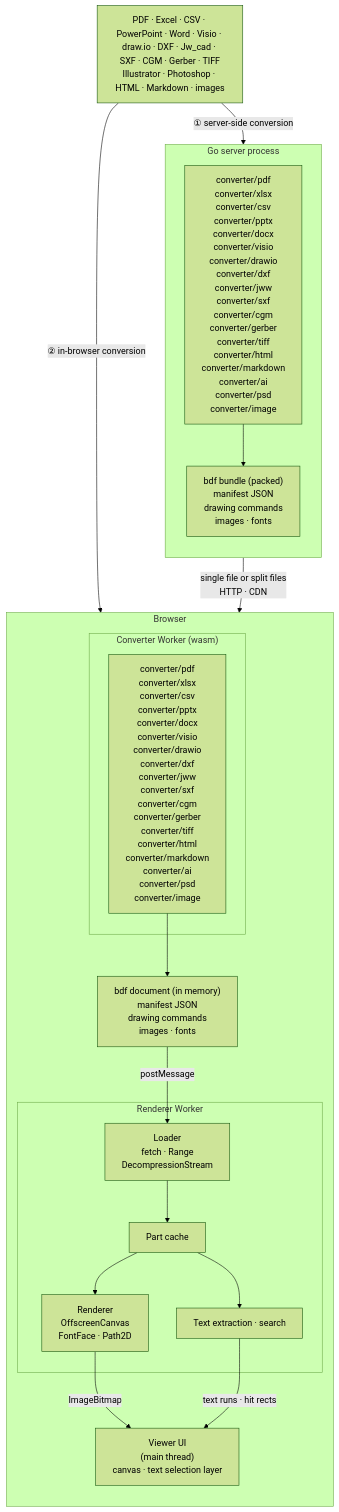
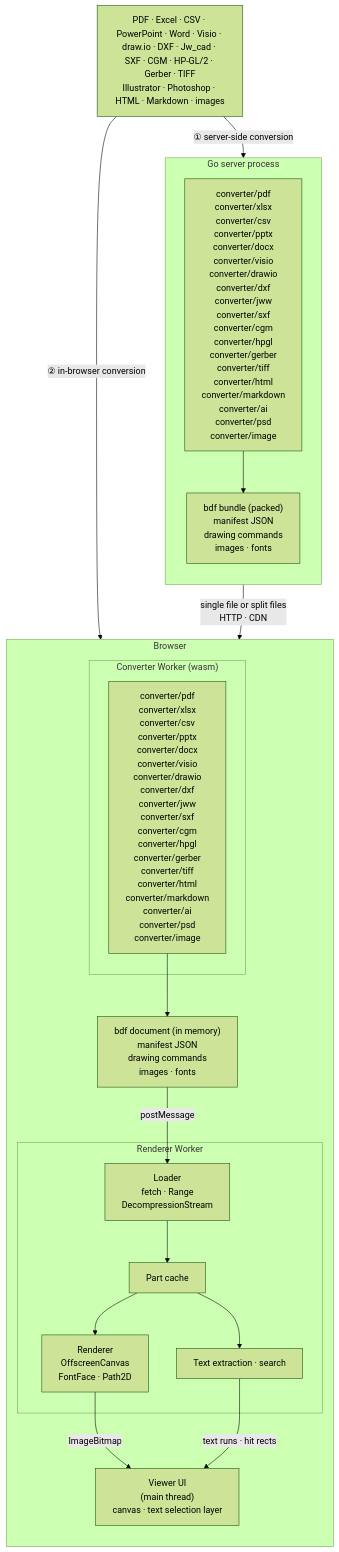
One commit to shibukawa/bdf changed the diagram in README.md. Above: the diagram before and after it, drawn with Mermaid (forest theme). The commit also changed other lines of this file and 42 other files, not shown here.

````diff
--- a/README.md
+++ b/README.md
@@ -20,37 +20,37 @@
 ```mermaid
 flowchart TB
-    SRC["PDF · Excel · CSV · PowerPoint · Word · Visio · draw.io · DXF · Jw_cad · SXF · CGM · Gerber · TIFF<br/>Illustrator · Photoshop · HTML · Markdown · images"]
+    SRC["PDF · Excel · CSV · PowerPoint · Word · Visio · draw.io · DXF · Jw_cad · SXF · CGM · HP-GL/2 · Gerber · TIFF<br/>Illustrator · Photoshop · HTML · Markdown · images"]
 
     subgraph SERVER["Go server process"]
         direction TB
-        SCONV["converter/pdf<br/>converter/xlsx<br/>converter/csv<br/>converter/pptx<br/>converter/docx<br/>converter/visio<br/>converter/drawio<br/>converter/dxf<br/>converter/jww<br/>converter/sxf<br/>converter/cgm<br/>converter/gerber<br/>converter/tiff<br/>converter/html<br/>converter/markdown<br/>converter/ai<br/>converter/psd<br/>converter/image"]
+        SCONV["converter/pdf<br/>converter/xlsx<br/>converter/csv<br/>converter/pptx<br/>converter/docx<br/>converter/visio<br/>converter/drawio<br/>converter/dxf<br/>converter/jww<br/>converter/sxf<br/>converter/cgm<br/>converter/hpgl<br/>converter/gerber<br/>converter/tiff<br/>converter/html<br/>converter/markdown<br/>converter/ai<br/>converter/psd<br/>converter/image"]
         BUNDLE["bdf bundle (packed)<br/>manifest JSON<br/>drawing commands<br/>images · fonts"]
         SCONV --> BUNDLE
     end
 
     subgraph BROWSER["Browser"]
         direction TB
         subgraph CWORKER["Converter Worker (wasm)"]
-            WCONV["converter/pdf<br/>converter/xlsx<br/>converter/csv<br/>converter/pptx<br/>converter/docx<br/>converter/visio<br/>converter/drawio<br/>converter/dxf<br/>converter/jww<br/>converter/sxf<br/>converter/cgm<br/>converter/gerber<br/>converter/tiff<br/>converter/html<br/>converter/markdown<br/>converter/ai<br/>converter/psd<br/>converter/image"]
+            WCONV["converter/pdf<br/>converter/xlsx<br/>converter/csv<br/>converter/pptx<br/>converter/docx<br/>converter/visio<br/>converter/drawio<br/>converter/dxf<br/>converter/jww<br/>converter/sxf<br/>converter/cgm<br/>converter/hpgl<br/>converter/gerber<br/>converter/tiff<br/>converter/html<br/>converter/markdown<br/>converter/ai<br/>converter/psd<br/>converter/image"]
         end
         PARTS["bdf document (in memory)<br/>manifest JSON<br/>drawing commands<br/>images · fonts"]
         subgraph RWORKER["Renderer Worker"]
             LOADER["Loader<br/>fetch · Range<br/>DecompressionStream"]
             STORE["Part cache"]
             RENDER["Renderer<br/>OffscreenCanvas<br/>FontFace · Path2D"]
             TEXT["Text extraction · search"]
             LOADER --> STORE
             STORE --> RENDER
             STORE --> TEXT
         end
         UI["Viewer UI<br/>(main thread)<br/>canvas · text selection layer"]
         WCONV --> PARTS
     end
 
     SRC -- "① server-side conversion" --> SCONV
     SRC -- "② in-browser conversion" --> WCONV
     BUNDLE -- "single file or split files<br/>HTTP · CDN" --> LOADER
     PARTS -- "postMessage" --> LOADER
     RENDER -- "ImageBitmap" --> UI
     TEXT -- "text runs · hit rects" --> UI
 ```
````
